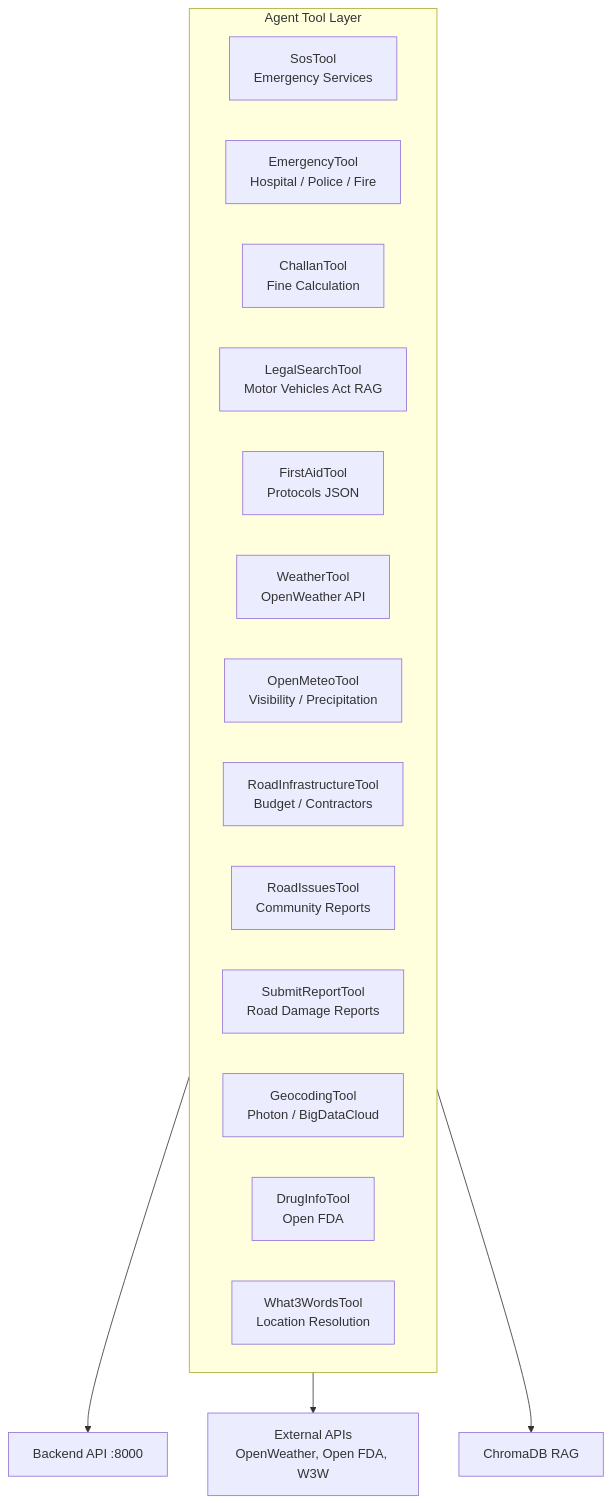
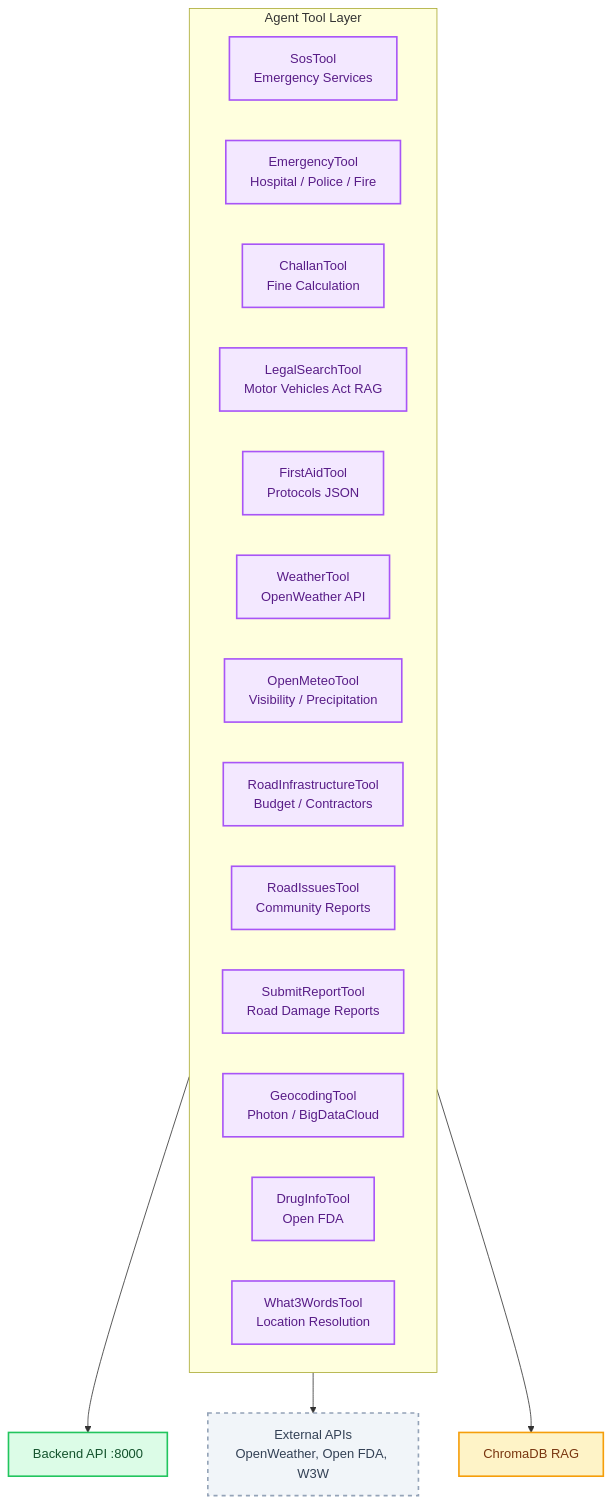
One commit to SafeVixAI/SafeVixAI changed the third of 3 diagrams in docs/architecture/AI.md. Above: the diagram before and after it, drawn with Mermaid. The commit also changed other lines of this file and 85 other files, not shown here.

Commit message:
docs: Fix Mermaid diagrams, resolve relative link warnings, and ensure clean mkdocs build

````diff
--- a/docs/architecture/AI.md
+++ b/docs/architecture/AI.md
@@ -80,22 +98,31 @@
 ```mermaid
 graph TD
+    classDef edge fill:#dbeafe,stroke:#3b82f6,stroke-width:2px,color:#1e3a5f
+    classDef control fill:#dcfce7,stroke:#22c55e,stroke-width:2px,color:#14532d
+    classDef ai fill:#f3e8ff,stroke:#a855f7,stroke-width:2px,color:#581c87
+    classDef data fill:#fef3c7,stroke:#f59e0b,stroke-width:2px,color:#78350f
+    classDef security fill:#fee2e2,stroke:#ef4444,stroke-width:2px,color:#7f1d1d
+    classDef external fill:#f1f5f9,stroke:#94a3b8,stroke-width:2px,stroke-dasharray:5 5,color:#334155
+    classDef decision fill:#e0e7ff,stroke:#6366f1,stroke-width:2px,color:#312e81
+    classDef success fill:#d1fae5,stroke:#10b981,stroke-width:2px,color:#064e3b
+
     subgraph Tools["Agent Tool Layer"]
-        T1[SosTool<br/>Emergency Services]
-        T2[EmergencyTool<br/>Hospital / Police / Fire]
-        T3[ChallanTool<br/>Fine Calculation]
-        T4[LegalSearchTool<br/>Motor Vehicles Act RAG]
-        T5[FirstAidTool<br/>Protocols JSON]
-        T6[WeatherTool<br/>OpenWeather API]
-        T7[OpenMeteoTool<br/>Visibility / Precipitation]
-        T8[RoadInfrastructureTool<br/>Budget / Contractors]
-        T9[RoadIssuesTool<br/>Community Reports]
-        T10[SubmitReportTool<br/>Road Damage Reports]
-        T11[GeocodingTool<br/>Photon / BigDataCloud]
-        T12[DrugInfoTool<br/>Open FDA]
-        T13[What3WordsTool<br/>Location Resolution]
+        T1["SosTool<br/>Emergency Services"]:::ai
+        T2["EmergencyTool<br/>Hospital / Police / Fire"]:::ai
+        T3["ChallanTool<br/>Fine Calculation"]:::ai
+        T4["LegalSearchTool<br/>Motor Vehicles Act RAG"]:::ai
+        T5["FirstAidTool<br/>Protocols JSON"]:::ai
+        T6["WeatherTool<br/>OpenWeather API"]:::ai
+        T7["OpenMeteoTool<br/>Visibility / Precipitation"]:::ai
+        T8["RoadInfrastructureTool<br/>Budget / Contractors"]:::ai
+        T9["RoadIssuesTool<br/>Community Reports"]:::ai
+        T10["SubmitReportTool<br/>Road Damage Reports"]:::ai
+        T11["GeocodingTool<br/>Photon / BigDataCloud"]:::ai
+        T12["DrugInfoTool<br/>Open FDA"]:::ai
+        T13["What3WordsTool<br/>Location Resolution"]:::ai
     end
 
-    Tools --> Backend[Backend API :8000]
-    Tools --> External[External APIs<br/>OpenWeather, Open FDA, W3W]
-    Tools --> Chroma[ChromaDB RAG]
+    Tools --> Backend["Backend API :8000"]:::control
+    Tools --> External["External APIs<br/>OpenWeather, Open FDA, W3W"]:::external
+    Tools --> Chroma["ChromaDB RAG"]:::data
 ```
````
